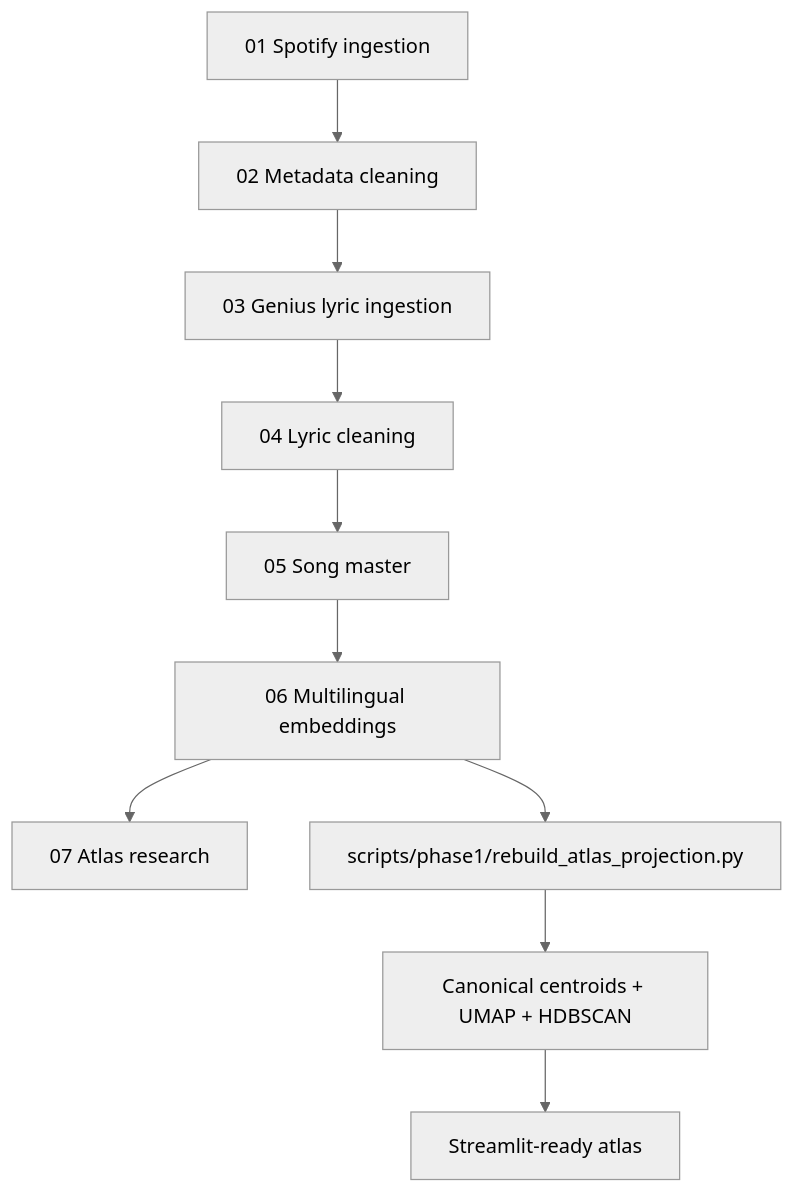
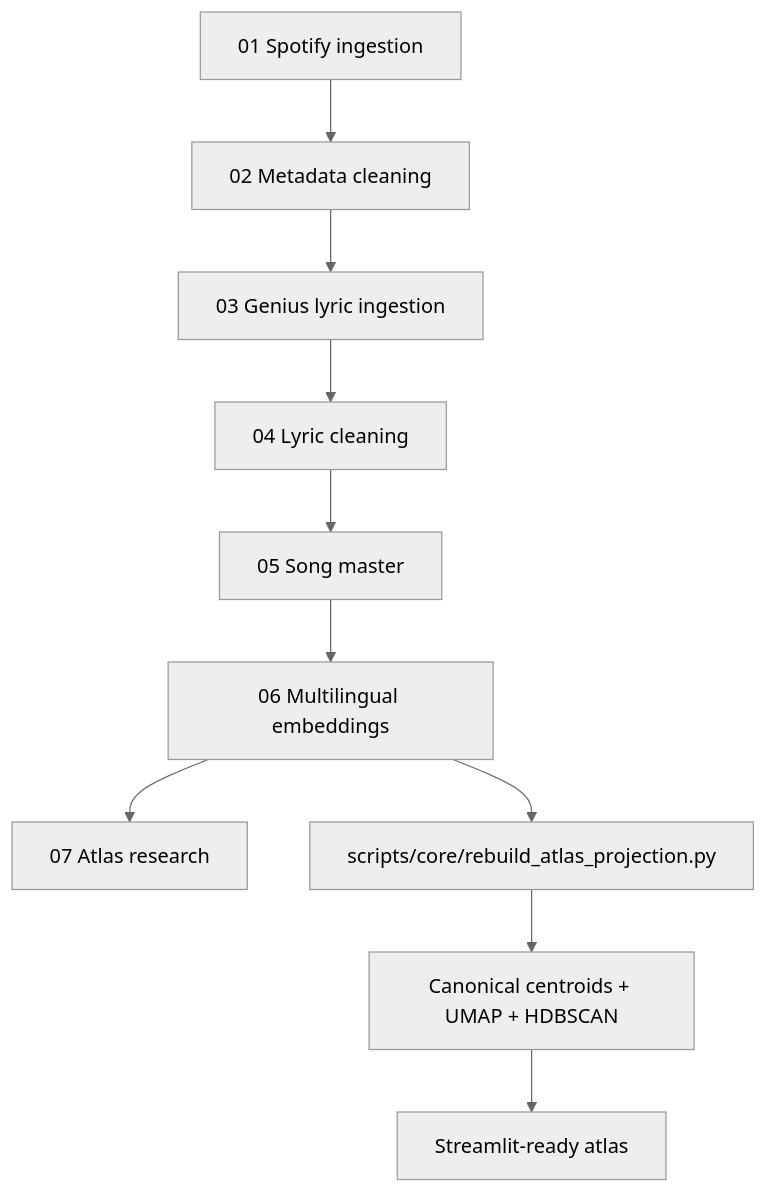
Before and after one commit to sabinorio-tech/BTS-Song-Atlas-: the second of 2 diagrams in README.md, drawn with Mermaid (neutral theme). The commit also changed other lines of this file and 71 other files, not shown here.

````diff
--- a/README.md
+++ b/README.md
@@ -70,12 +70,12 @@
 ```mermaid
 flowchart TD
     A[01 Spotify ingestion] --> B[02 Metadata cleaning]
     B --> C[03 Genius lyric ingestion]
     C --> D[04 Lyric cleaning]
     D --> E[05 Song master]
     E --> F[06 Multilingual embeddings]
     F --> G[07 Atlas research]
-    F --> H[scripts/phase1/rebuild_atlas_projection.py]
+    F --> H[scripts/core/rebuild_atlas_projection.py]
     H --> I[Canonical centroids + UMAP + HDBSCAN]
     I --> J[Streamlit-ready atlas]
 ```
````
